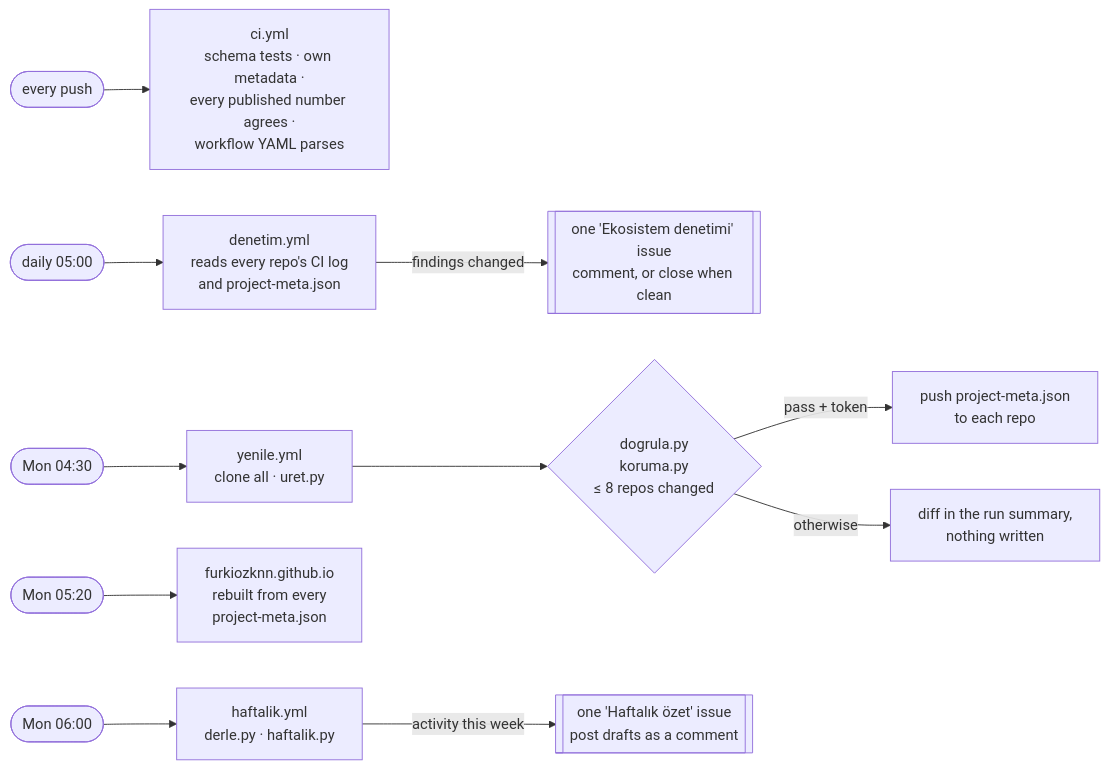
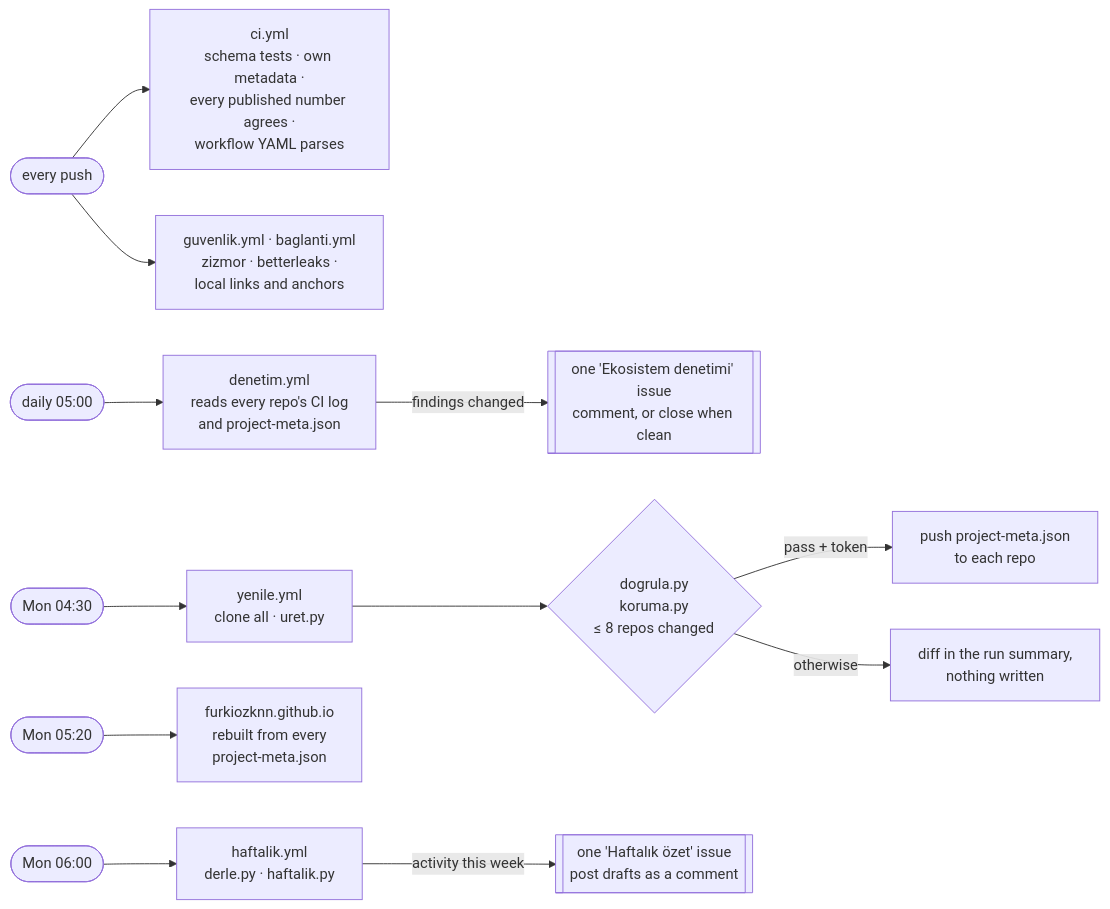
The diagram in README.md (Furkiozknn/Furkiozknn), drawn with Mermaid before and after one commit. The commit also changed other lines of this file and 11 other files, not shown here.

````diff
--- a/README.md
+++ b/README.md
@@ -174,17 +174,18 @@
 ```mermaid
 flowchart LR
   push(["every push"]) --> ci["ci.yml<br/>schema tests · own metadata ·<br/>every published number agrees ·<br/>workflow YAML parses"]
+  push --> gates["guvenlik.yml · baglanti.yml<br/>zizmor · betterleaks ·<br/>local links and anchors"]
 
   daily(["daily 05:00"]) --> den["denetim.yml<br/>reads every repo's CI log<br/>and project-meta.json"]
   den -->|"findings changed"| issue1[["one 'Ekosistem denetimi' issue<br/>comment, or close when clean"]]
 
   mon1(["Mon 04:30"]) --> yen["yenile.yml<br/>clone all · uret.py"]
   yen --> gate{"dogrula.py<br/>koruma.py<br/>≤ 8 repos changed"}
   gate -->|"pass + token"| meta["push project-meta.json<br/>to each repo"]
   gate -->|"otherwise"| sum["diff in the run summary,<br/>nothing written"]
 
   mon2(["Mon 05:20"]) --> site["furkiozknn.github.io<br/>rebuilt from every<br/>project-meta.json"]
 
   mon3(["Mon 06:00"]) --> hft["haftalik.yml<br/>derle.py · haftalik.py"]
   hft -->|"activity this week"| issue2[["one 'Haftalık özet' issue<br/>post drafts as a comment"]]
 ```
````
